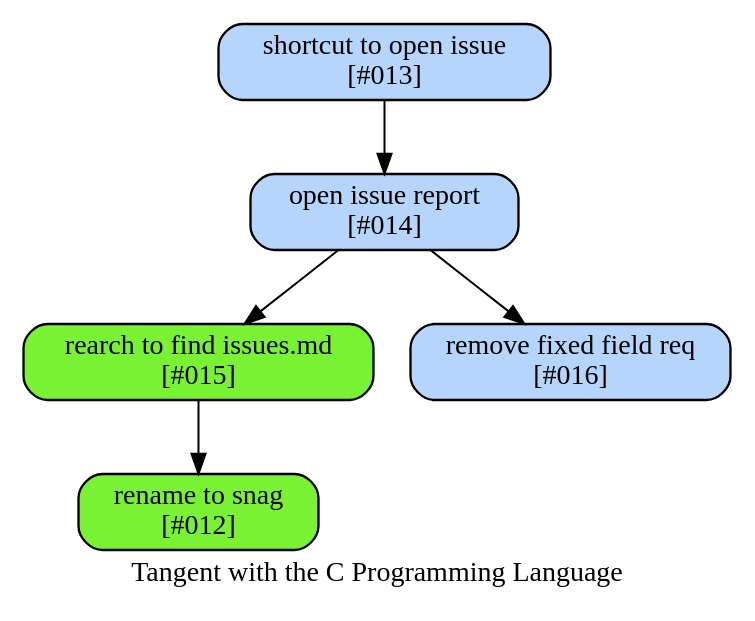
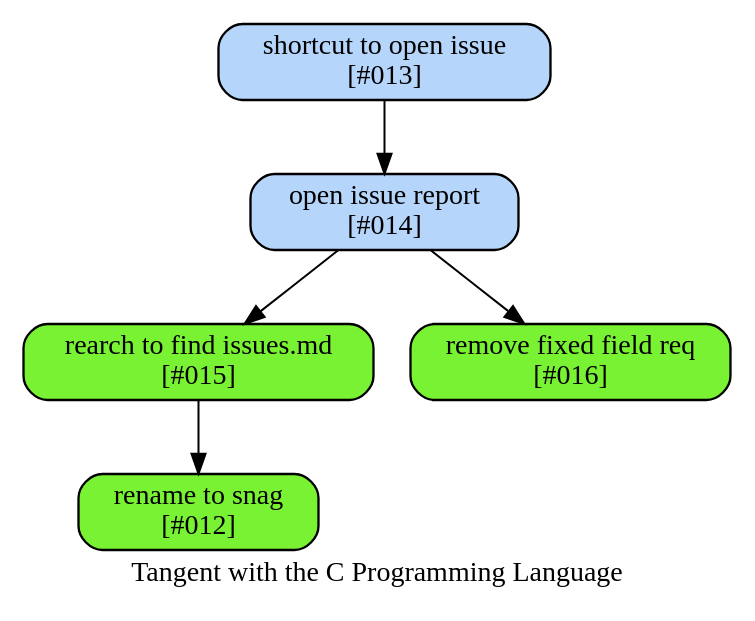
One commit to hipe/tmx changed the diagram in lib/skylab/snag/doc/issues.dot. Above: the diagram before and after it, drawn with Graphviz. The commit also changed 12 other files, not shown here.

```diff
--- a/lib/skylab/snag/doc/issues.dot
+++ b/lib/skylab/snag/doc/issues.dot
@@ -1,34 +1,34 @@
 # created by tan-man on 2013-01-02 04:33:31 UTC
 
 digraph {
 
 /*
   example stmt_list:
     foo -> bar
     biff -> baz
 
   example node_stmt:
     learn_c [label="learn C somehow"]
 */
 
 
 
 label="Tangent with the C Programming Language"
 
 node [label="\N", style="filled", fillcolor="#b5d5fb", fontname="Futura", penwidth="1.1566", shape="Mrecord"]
 
 # #todo something is borked about these in their positioning in the file
 #                 blue : fillcolor="#b5d5fb"
 #             finished : green
 #                green : fillcolor="#79f233"
 
 open [label="open issue report\n[#014]"]
 rearch [fillcolor="#79f233", label="rearch to find issues.md\n[#015]"]
-remove [label="remove fixed field req\n[#016]"]
+remove [fillcolor="#79f233", label="remove fixed field req\n[#016]"]
 rename [fillcolor="#79f233", label="rename to snag\n[#012]"]
 shortcut [label="shortcut to open issue\n[#013]"]
 open -> rearch
 open -> remove
 rearch -> rename
 shortcut -> open
 }
```
